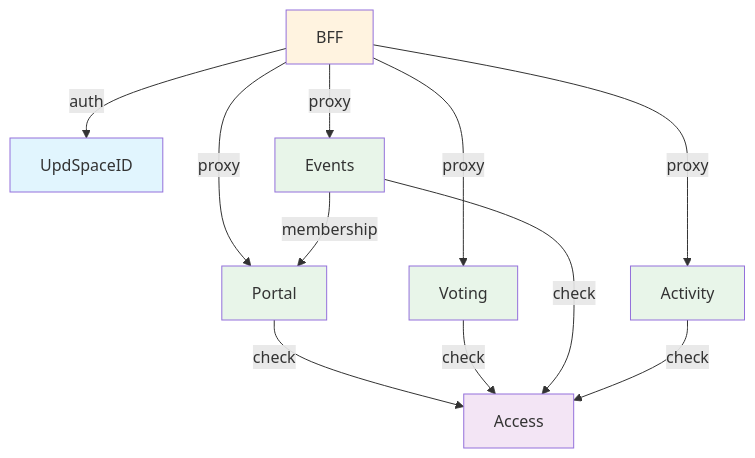
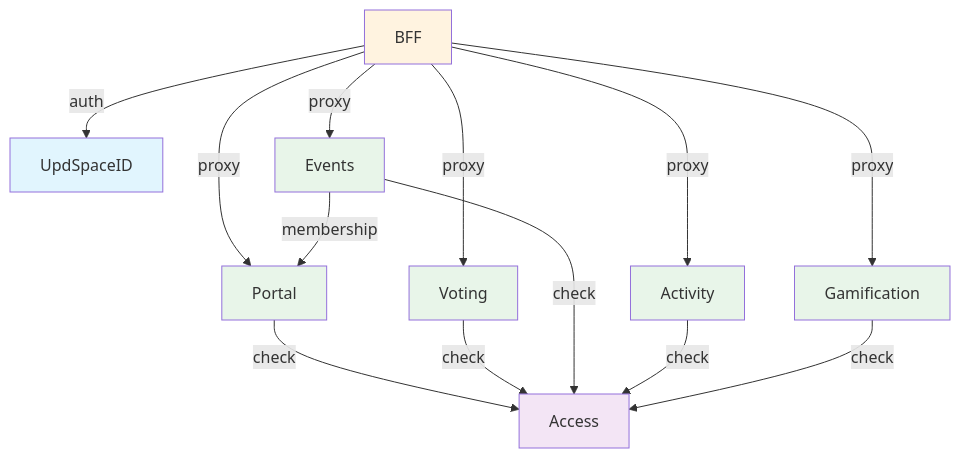
The second of 2 diagrams in docs/docs/services/overview.md (updatingspace/portal), drawn with Mermaid before and after one commit. The commit also changed other lines of this file and 57 other files, not shown here.

````diff
--- a/docs/docs/services/overview.md
+++ b/docs/docs/services/overview.md
@@ -148,32 +152,35 @@
 ```mermaid
 graph TD
     ID["UpdSpaceID"]
     BFF["BFF"]
     AC["Access"]
     PT["Portal"]
     VT["Voting"]
     EV["Events"]
     AT["Activity"]
+    GM["Gamification"]
 
     BFF -->|auth| ID
     BFF -->|proxy| PT
     BFF -->|proxy| VT
     BFF -->|proxy| EV
     BFF -->|proxy| AT
+    BFF -->|proxy| GM
 
     PT -->|check| AC
     VT -->|check| AC
     EV -->|check| AC
     AT -->|check| AC
+    GM -->|check| AC
     EV -->|membership| PT
 
     classDef identity fill:#e1f5fe
     classDef gateway fill:#fff3e0
     classDef authz fill:#f3e5f5
     classDef domain fill:#e8f5e9
 
     class ID identity
     class BFF gateway
     class AC authz
-    class PT,VT,EV,AT domain
+    class PT,VT,EV,AT,GM domain
 ```
````
